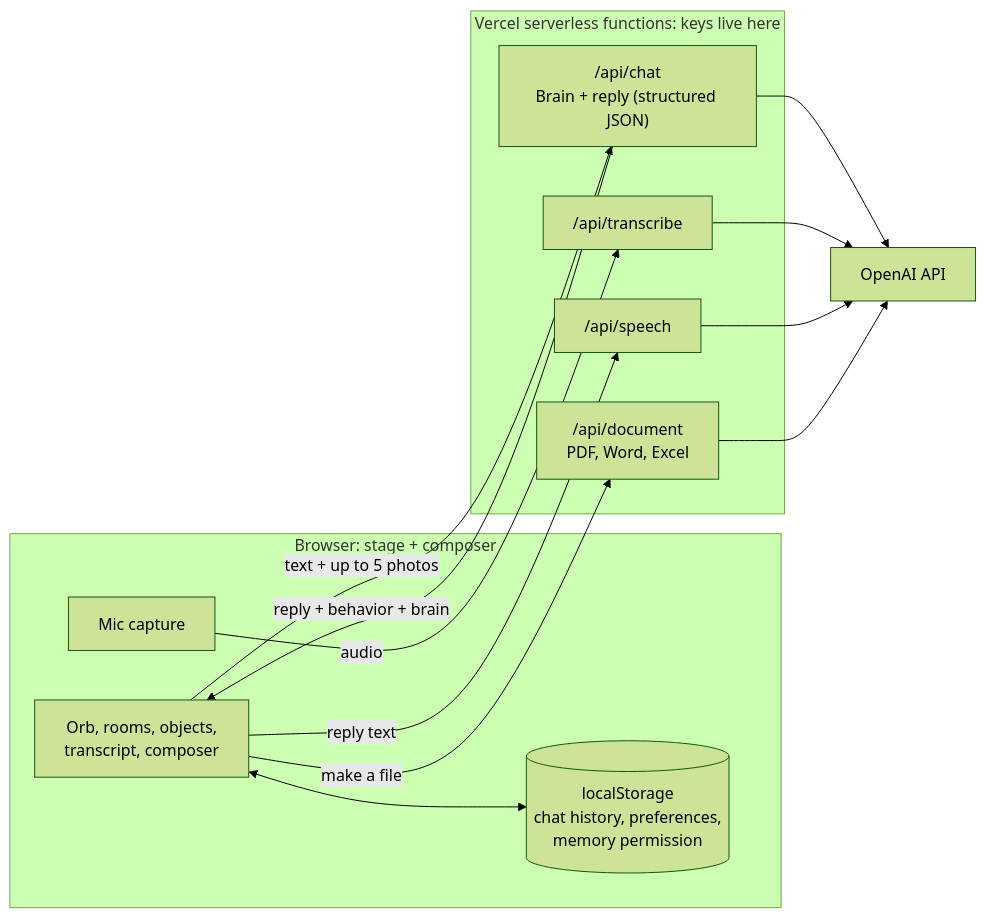
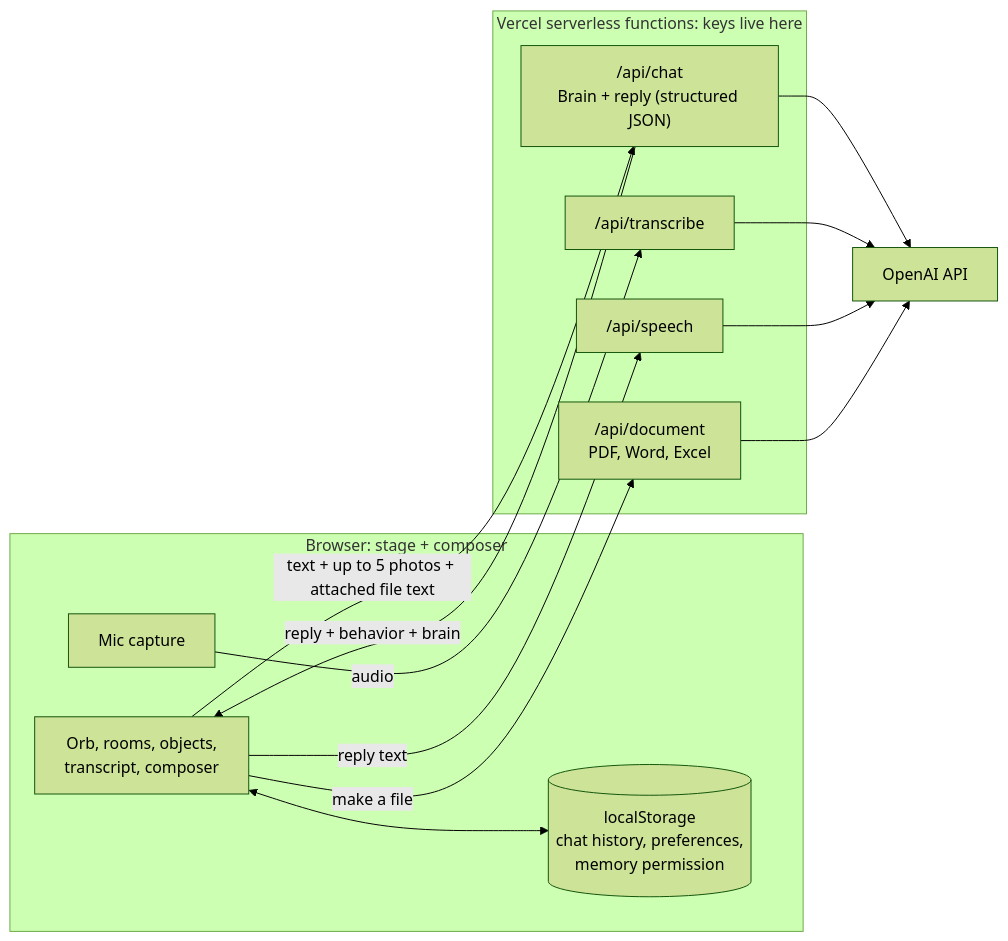
The diagram in README.md (mrkygray-art/bluey-ai-friend), drawn with Mermaid (forest theme) before and after one commit. The commit also changed other lines of this file and 15 other files, not shown here.

````diff
--- a/README.md
+++ b/README.md
@@ -113,28 +118,28 @@
 ```mermaid
 flowchart LR
     subgraph Phone["Browser: stage + composer"]
         UI["Orb, rooms, objects,<br/>transcript, composer"]
         MIC["Mic capture"]
         LS[("localStorage<br/>chat history, preferences,<br/>memory permission")]
     end
 
     subgraph API["Vercel serverless functions: keys live here"]
         CHAT["/api/chat<br/>Brain + reply (structured JSON)"]
         TR["/api/transcribe"]
         SP["/api/speech"]
         DOC["/api/document<br/>PDF, Word, Excel"]
     end
 
     OAI["OpenAI API"]
 
-    UI -- "text + up to 5 photos" --> CHAT
+    UI -- "text + up to 5 photos + attached file text" --> CHAT
     MIC -- "audio" --> TR
     CHAT -- "reply + behavior + brain" --> UI
     UI -- "reply text" --> SP
     UI -- "make a file" --> DOC
     CHAT --> OAI
     TR --> OAI
     SP --> OAI
     DOC --> OAI
     UI <--> LS
 ```
````
